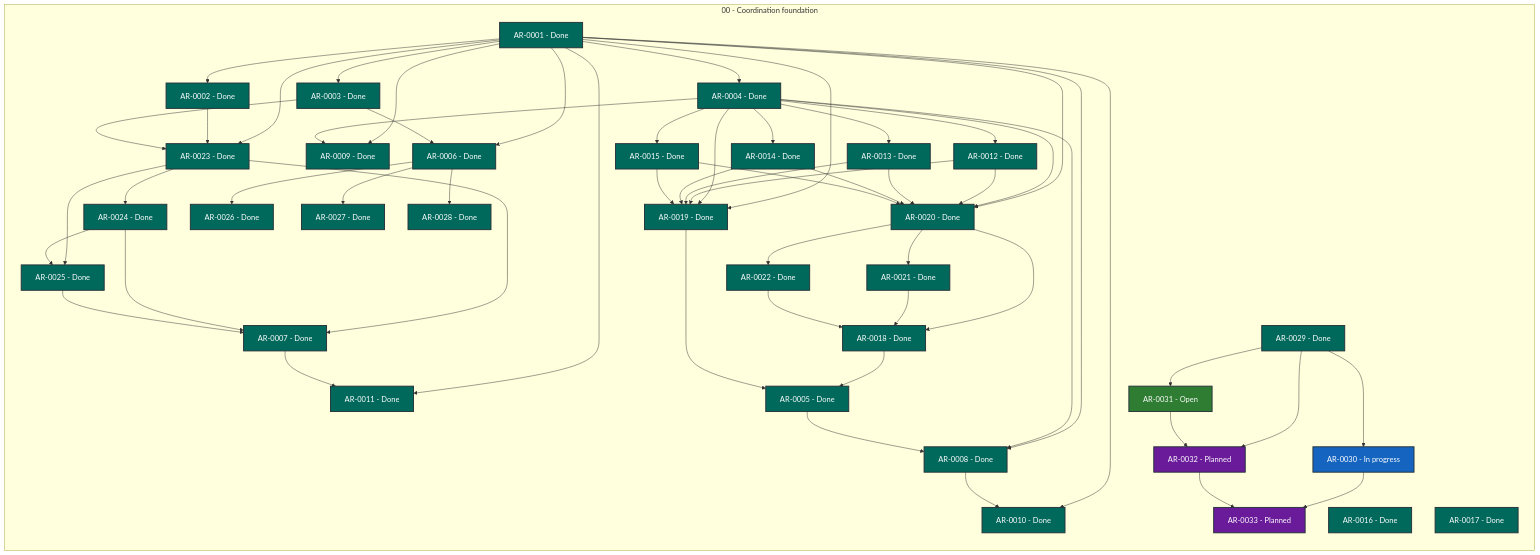
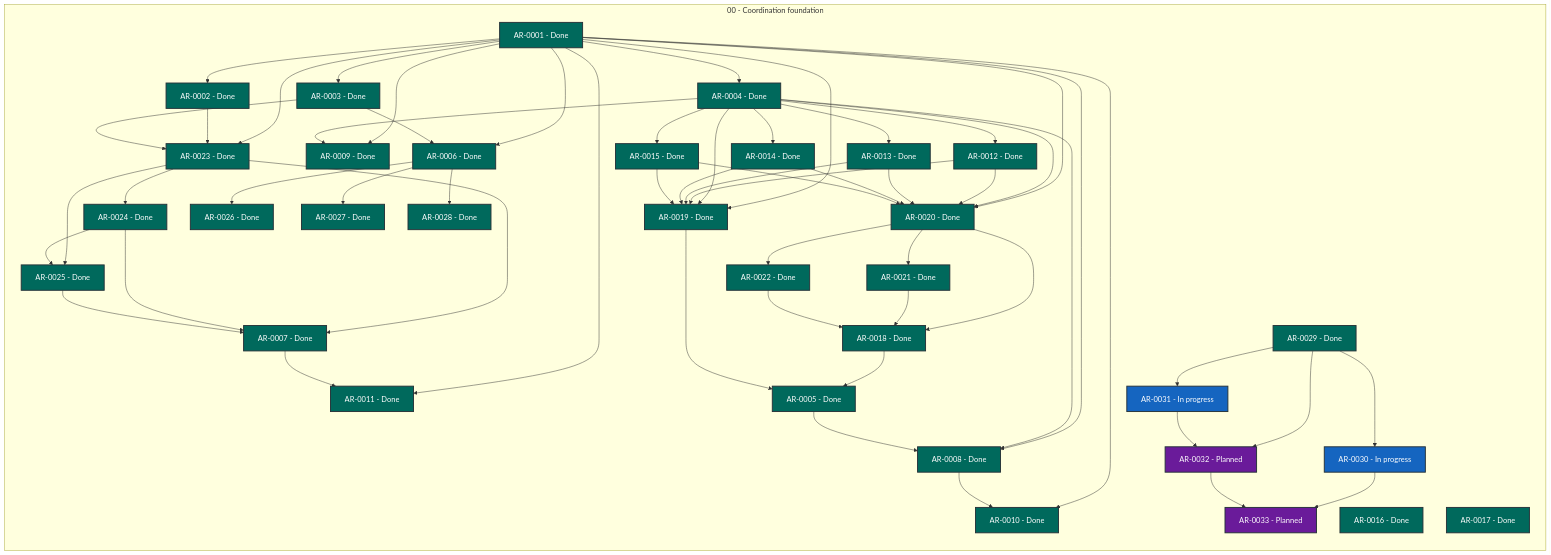
One commit to martin-beck/agent-workflow-quality-state changed the diagram in STATUS.md. Above: the diagram before and after it, drawn with Mermaid. The commit also changed other lines of this file and 2 other files, not shown here.

```diff
--- a/STATUS.md
+++ b/STATUS.md
@@ -58,7 +58,7 @@
         AR_0028["AR-0028 - Done"]:::status_done
         AR_0029["AR-0029 - Done"]:::status_done
         AR_0030["AR-0030 - In progress"]:::status_in_progress
-        AR_0031["AR-0031 - Open"]:::status_open
+        AR_0031["AR-0031 - In progress"]:::status_in_progress
         AR_0032["AR-0032 - Planned"]:::status_planned
         AR_0033["AR-0033 - Planned"]:::status_planned
     end
```
